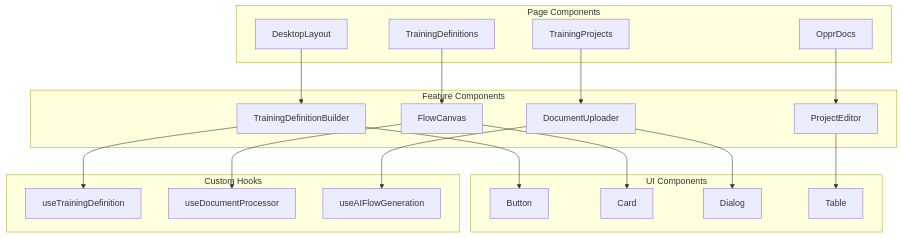
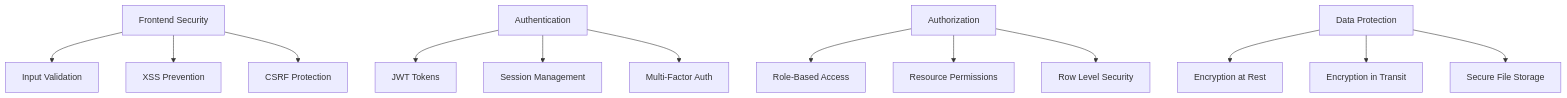
The tenth of 10 diagrams in TECHNICAL_DOCUMENTATION.md (opprfloris/oppr-training-nexus), drawn with Mermaid before and after one commit. The commit also changed other lines of this file, not shown here.

````diff
--- a/TECHNICAL_DOCUMENTATION.md
+++ b/TECHNICAL_DOCUMENTATION.md
@@ -650,43 +583,18 @@
 ```mermaid
 graph TB
-    subgraph "Page Components"
-        A[DesktopLayout]
-        B[TrainingDefinitions]
-        C[TrainingProjects]
-        D[OpprDocs]
-    end
+    A[Frontend Security] --> B[Input Validation]
+    A --> C[XSS Prevention]
+    A --> D[CSRF Protection]
     
-    subgraph "Feature Components"
-        E[TrainingDefinitionBuilder]
-        F[FlowCanvas]
-        G[DocumentUploader]
-        H[ProjectEditor]
-    end
+    E[Authentication] --> F[JWT Tokens]
+    E --> G[Session Management]
+    E --> H[Multi-Factor Auth]
     
-    subgraph "UI Components"
-        I[Button]
-        J[Card]
-        K[Dialog]
-        L[Table]
-    end
+    I[Authorization] --> J[Role-Based Access]
+    I --> K[Resource Permissions]
+    I --> L[Row Level Security]
     
-    subgraph "Custom Hooks"
-        M[useTrainingDefinition]
-        N[useDocumentProcessor]
-        O[useAIFlowGeneration]
-    end
-    
-    A --> E
-    B --> F
-    C --> G
-    D --> H
-    
-    E --> I
-    F --> J
-    G --> K
-    H --> L
-    
-    E --> M
-    F --> N
-    G --> O
+    M[Data Protection] --> N[Encryption at Rest]
+    M --> O[Encryption in Transit]
+    M --> P[Secure File Storage]
 ```
````
